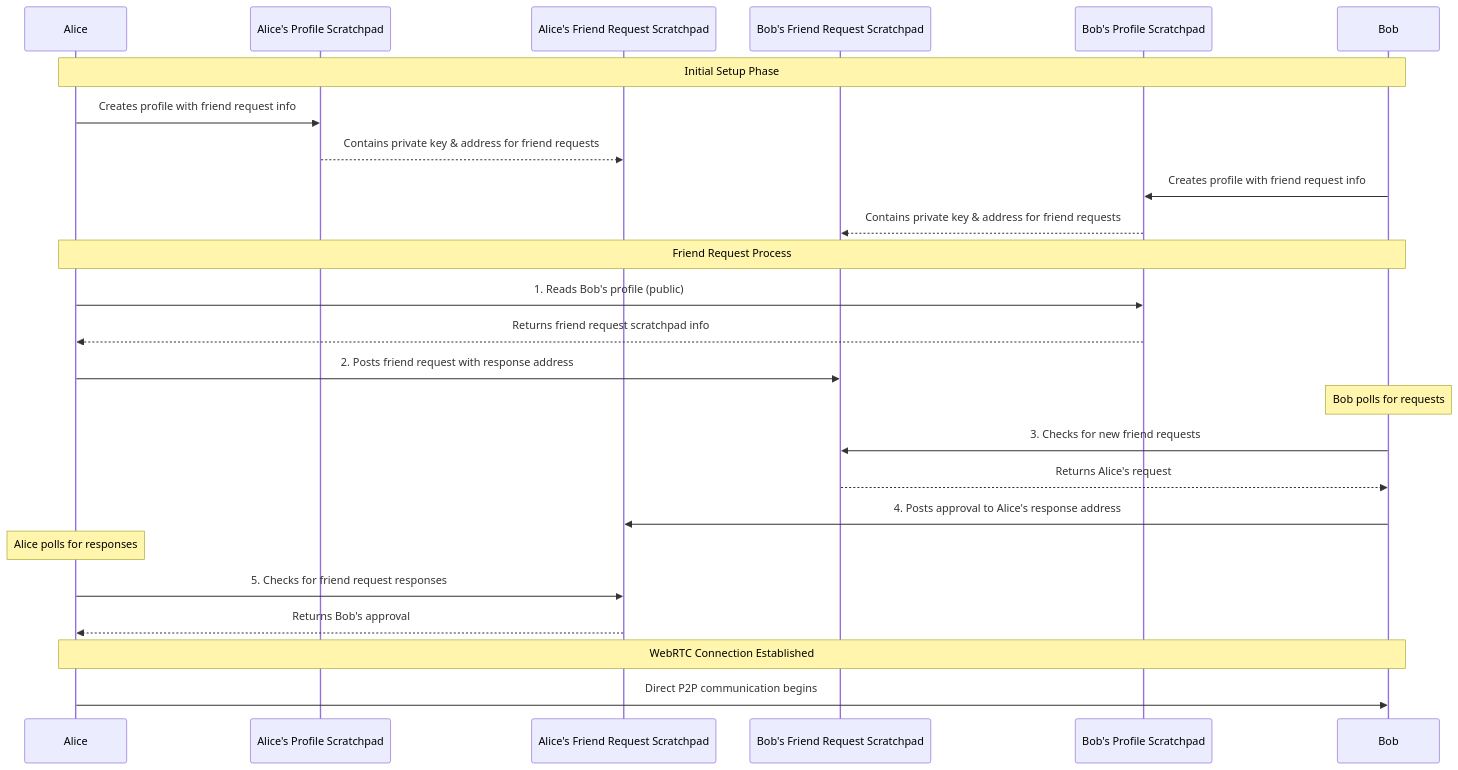
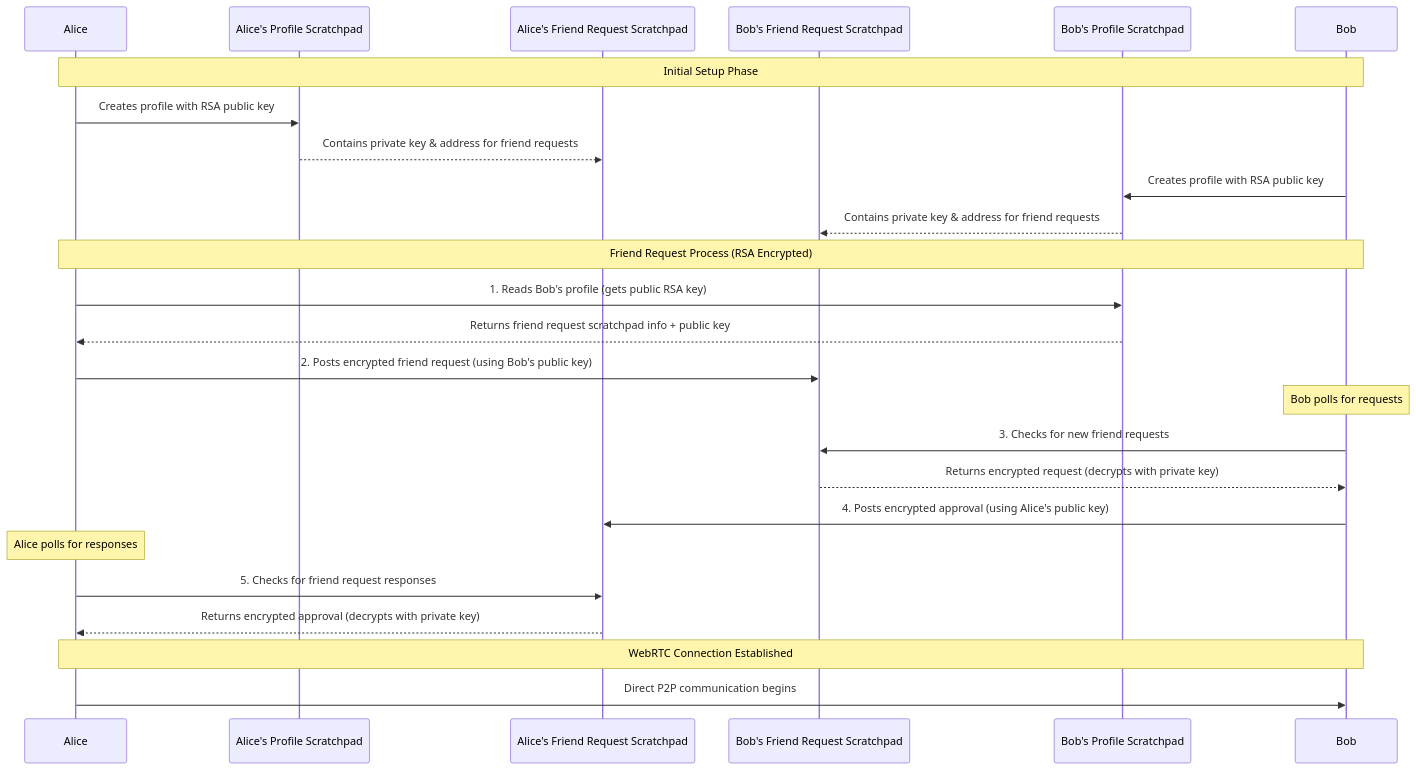
The second of 4 diagrams in README.md (rid-dim/friends), drawn with Mermaid before and after one commit. The commit also changed other lines of this file, not shown here.

````diff
--- a/README.md
+++ b/README.md
@@ -86,32 +89,32 @@
 ```mermaid
 sequenceDiagram
     participant A as Alice
     participant AS as Alice's Profile Scratchpad
     participant AFS as Alice's Friend Request Scratchpad
     participant BFS as Bob's Friend Request Scratchpad
     participant BS as Bob's Profile Scratchpad
     participant B as Bob
     
     Note over A,B: Initial Setup Phase
-    A->>AS: Creates profile with friend request info
+    A->>AS: Creates profile with RSA public key
     AS-->>AFS: Contains private key & address for friend requests
-    B->>BS: Creates profile with friend request info
+    B->>BS: Creates profile with RSA public key
     BS-->>BFS: Contains private key & address for friend requests
     
-    Note over A,B: Friend Request Process
-    A->>BS: 1. Reads Bob's profile (public)
-    BS-->>A: Returns friend request scratchpad info
-    A->>BFS: 2. Posts friend request with response address
+    Note over A,B: Friend Request Process (RSA Encrypted)
+    A->>BS: 1. Reads Bob's profile (gets public RSA key)
+    BS-->>A: Returns friend request scratchpad info + public key
+    A->>BFS: 2. Posts encrypted friend request (using Bob's public key)
     
     Note over B: Bob polls for requests
     B->>BFS: 3. Checks for new friend requests
-    BFS-->>B: Returns Alice's request
-    B->>AFS: 4. Posts approval to Alice's response address
+    BFS-->>B: Returns encrypted request (decrypts with private key)
+    B->>AFS: 4. Posts encrypted approval (using Alice's public key)
     
     Note over A: Alice polls for responses
     A->>AFS: 5. Checks for friend request responses
-    AFS-->>A: Returns Bob's approval
+    AFS-->>A: Returns encrypted approval (decrypts with private key)
     
     Note over A,B: WebRTC Connection Established
     A->>B: Direct P2P communication begins
 ```
````
